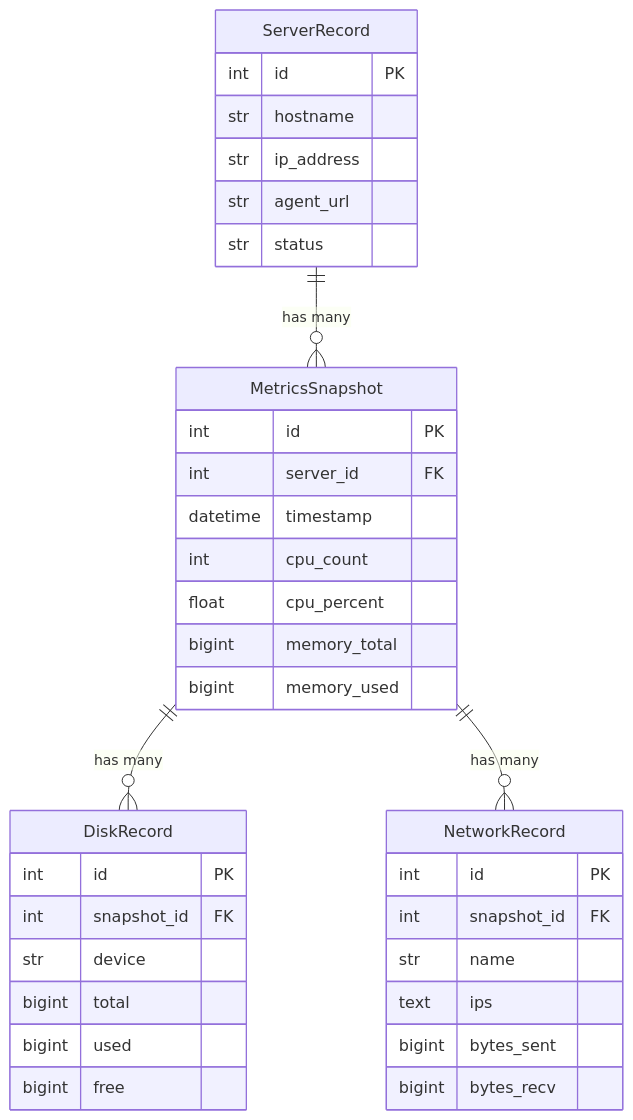
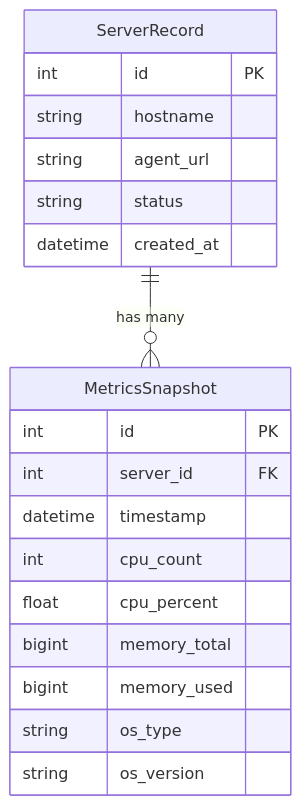
One commit to austin8s/student_notes_202610 changed the fifth of 6 diagrams in project/project_server_fleet_monitor_overview.md. Above: the diagram before and after it, drawn with Mermaid. The commit also changed other lines of this file and 20 other files, not shown here.

````diff
--- a/project/project_server_fleet_monitor_overview.md
+++ b/project/project_server_fleet_monitor_overview.md
@@ -203,39 +222,23 @@
 ```mermaid
 erDiagram
     ServerRecord ||--o{ MetricsSnapshot : "has many"
-    MetricsSnapshot ||--o{ DiskRecord : "has many"
-    MetricsSnapshot ||--o{ NetworkRecord : "has many"
 
     ServerRecord {
         int id PK
-        str hostname
-        str ip_address
-        str agent_url
-        str status
+        string hostname
+        string agent_url
+        string status
+        datetime created_at
     }
     MetricsSnapshot {
         int id PK
         int server_id FK
         datetime timestamp
         int cpu_count
         float cpu_percent
         bigint memory_total
         bigint memory_used
-    }
-    DiskRecord {
-        int id PK
-        int snapshot_id FK
-        str device
-        bigint total
-        bigint used
-        bigint free
-    }
-    NetworkRecord {
-        int id PK
-        int snapshot_id FK
-        str name
-        text ips
-        bigint bytes_sent
-        bigint bytes_recv
+        string os_type
+        string os_version
     }
 ```
````
